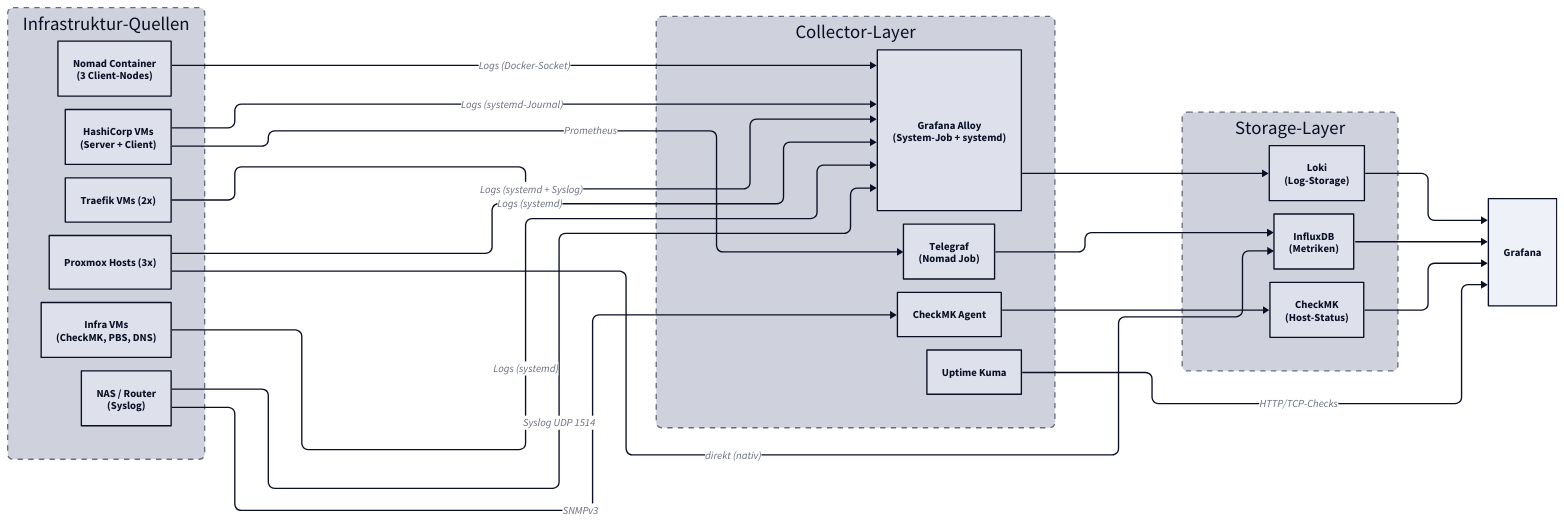
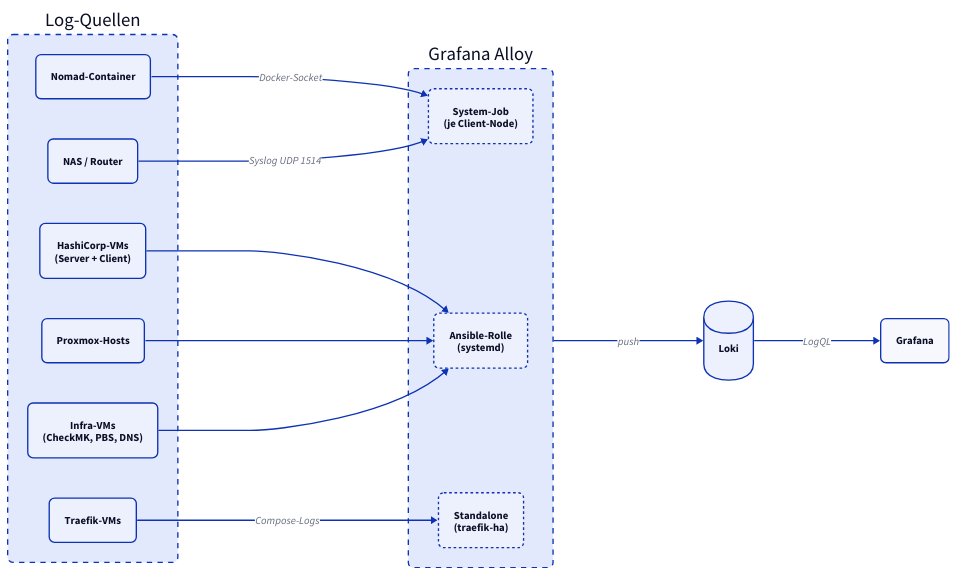
The second of 2 diagrams in docs/monitoring/index.md (derever-labs/homelab-wiki), drawn with D2 before and after one commit. The commit also changed other lines of this file and 8 other files, not shown here.

````diff
--- a/docs/monitoring/index.md
+++ b/docs/monitoring/index.md
@@ -201,65 +183,59 @@
 ```d2
 direction: right
 
-vars: {
-  d2-config: {
-    theme-id: 1
-    layout-engine: elk
+classes: {
+  svc: {
+    style: {
+      border-radius: 8
+    }
   }
-}
-
-classes: {
+  agent: {
+    style: {
+      border-radius: 8
+      stroke-dash: 2
+    }
+  }
   container: {
     style: {
       border-radius: 8
       stroke-dash: 4
     }
   }
+  db: {
+    shape: cylinder
+    style: {
+      border-radius: 8
+    }
+  }
 }
 
-Sources: Infrastruktur-Quellen {
+sources: Log-Quellen {
   class: container
-  Containers: "Nomad Container\n(3 Client-Nodes)"
-  Servers: "HashiCorp VMs\n(Server + Client)"
-  Traefik: "Traefik VMs (2x)"
-  Proxmox: "Proxmox Hosts (3x)"
-  Infra: "Infra VMs\n(CheckMK, PBS, DNS)"
-  NAS: "NAS / Router\n(Syslog)"
+  containers: Nomad-Container {class: svc}
+  vms: HashiCorp-VMs\n(Server + Client) {class: svc}
+  proxmox: Proxmox-Hosts {class: svc}
+  infra: Infra-VMs\n(CheckMK, PBS, DNS) {class: svc}
+  traefik: Traefik-VMs {class: svc}
+  nas: NAS / Router {class: svc}
 }
 
-Collectors: Collector-Layer {
+alloy: Grafana Alloy {
   class: container
-  Alloy: "Grafana Alloy\n(System-Job + systemd)"
-  Telegraf: "Telegraf\n(Nomad Job)"
-  CMK: "CheckMK Agent"
-  Kuma: "Uptime Kuma"
+  sys: System-Job\n(je Client-Node) {class: agent}
+  ansible: Ansible-Rolle\n(systemd) {class: agent}
+  standalone: Standalone\n(traefik-ha) {class: agent}
 }
 
-Storage: Storage-Layer {
-  class: container
-  Loki: "Loki\n(Log-Storage)"
-  Influx: "InfluxDB\n(Metriken)"
-  CheckMK: "CheckMK\n(Host-Status)"
-}
+loki: Loki {class: db}
+grafana: Grafana {class: svc}
 
-GRAF: Grafana
+sources.containers -> alloy.sys: Docker-Socket
+sources.nas -> alloy.sys: Syslog UDP 1514
+sources.vms -> alloy.ansible
+sources.proxmox -> alloy.ansible
+sources.infra -> alloy.ansible
+sources.traefik -> alloy.standalone: Compose-Logs
 
-Sources.Containers -> Collectors.Alloy: Logs (Docker-Socket)
-Sources.Servers -> Collectors.Alloy: Logs (systemd-Journal)
-Sources.Traefik -> Collectors.Alloy: Logs (systemd + Syslog)
-Sources.Proxmox -> Collectors.Alloy: Logs (systemd)
-Sources.Infra -> Collectors.Alloy: Logs (systemd)
-Sources.NAS -> Collectors.Alloy: Syslog UDP 1514
-Sources.NAS -> Collectors.CMK: SNMPv3
-Sources.Servers -> Collectors.Telegraf: Prometheus
-Sources.Proxmox -> Storage.Influx: direkt (nativ)
-
-Collectors.Alloy -> Storage.Loki
-Collectors.Telegraf -> Storage.Influx
-Collectors.CMK -> Storage.CheckMK
-Collectors.Kuma -> GRAF: "HTTP/TCP-Checks"
-
-Storage.Loki -> GRAF
-Storage.Influx -> GRAF
-Storage.CheckMK -> GRAF
+alloy -> loki: push
+loki -> grafana: LogQL
 ```
````
